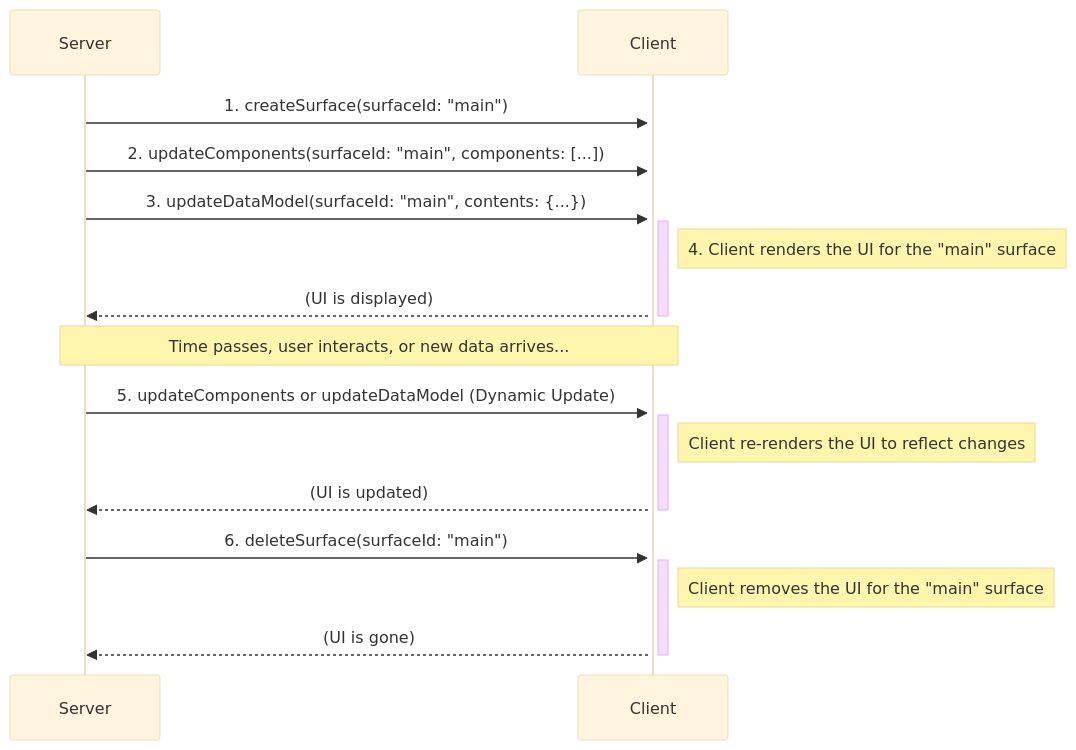
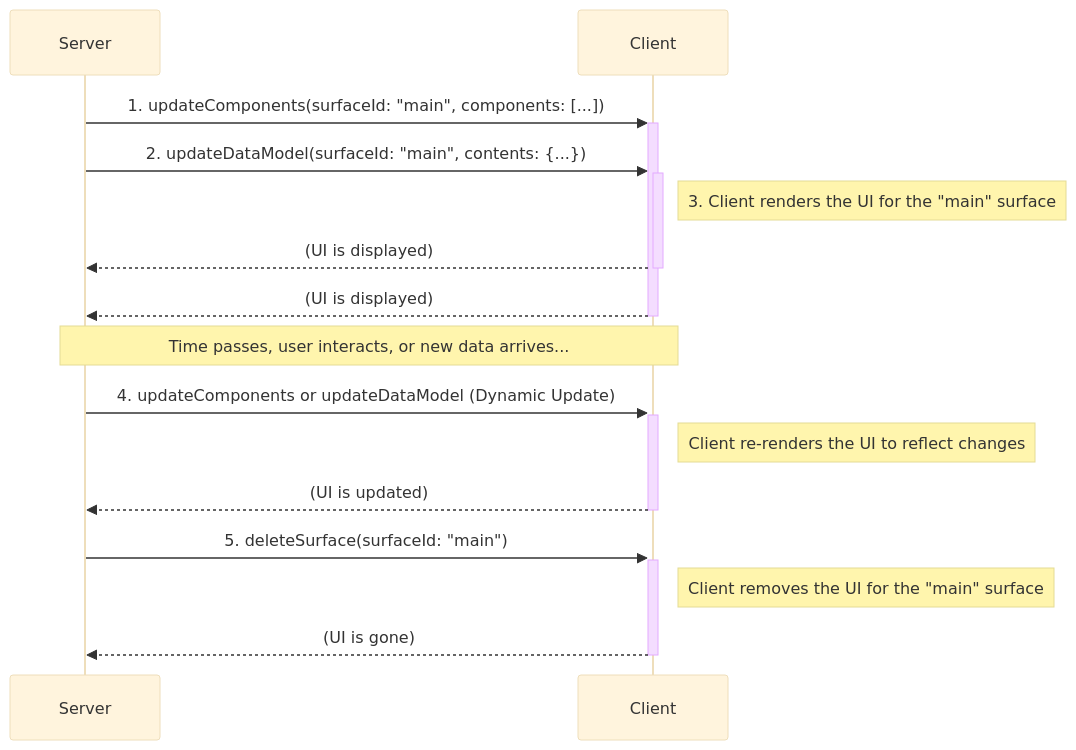
The first of 2 diagrams in specification/0.9/docs/a2ui_protocol.md (google/A2UI), drawn with Mermaid (base theme) before and after one commit. The commit also changed other lines of this file and 8 other files, not shown here.

First line of the commit message:
feat(protocol)!: remove createSurface and add catalogId

````diff
--- a/specification/0.9/docs/a2ui_protocol.md
+++ b/specification/0.9/docs/a2ui_protocol.md
@@ -57,21 +55,21 @@
 ```mermaid
 sequenceDiagram
     participant Server
     participant Client
 
-    Server->>+Client: 1. createSurface(surfaceId: "main")
-    Server->>+Client: 2. updateComponents(surfaceId: "main", components: [...])
-    Server->>+Client: 3. updateDataModel(surfaceId: "main", contents: {...})
-    Note right of Client: 4. Client renders the UI for the "main" surface
+    Server->>+Client: 1. updateComponents(surfaceId: "main", components: [...])
+    Server->>+Client: 2. updateDataModel(surfaceId: "main", contents: {...})
+    Note right of Client: 3. Client renders the UI for the "main" surface
+    Client-->>-Server: (UI is displayed)
     Client-->>-Server: (UI is displayed)
 
     Note over Client, Server: Time passes, user interacts, or new data arrives...
 
-    Server->>+Client: 5. updateComponents or updateDataModel (Dynamic Update)
+    Server->>+Client: 4. updateComponents or updateDataModel (Dynamic Update)
     Note right of Client: Client re-renders the UI to reflect changes
     Client-->>-Server: (UI is updated)
 
-    Server->>+Client: 6. deleteSurface(surfaceId: "main")
+    Server->>+Client: 5. deleteSurface(surfaceId: "main")
     Note right of Client: Client removes the UI for the "main" surface
     Client-->>-Server: (UI is gone)
 ```
````
